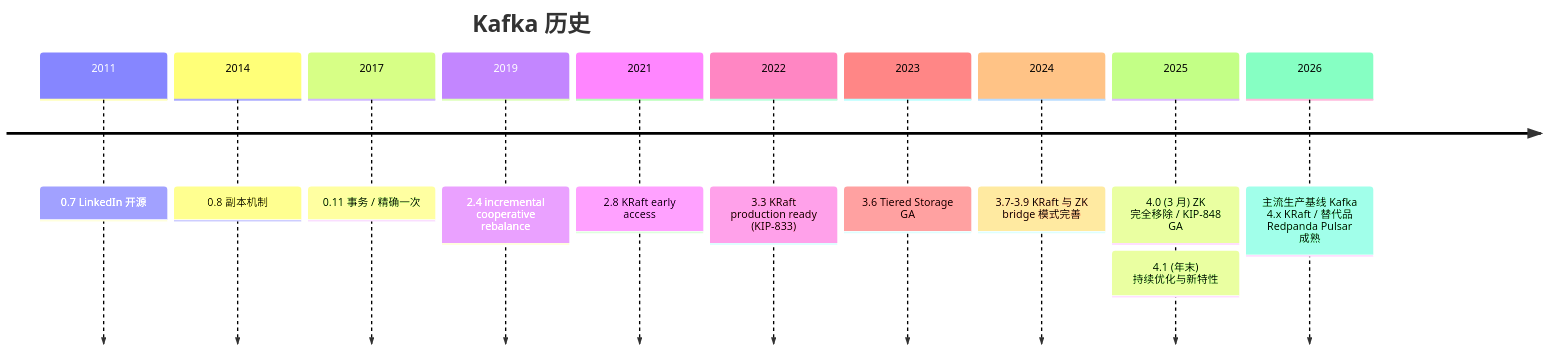
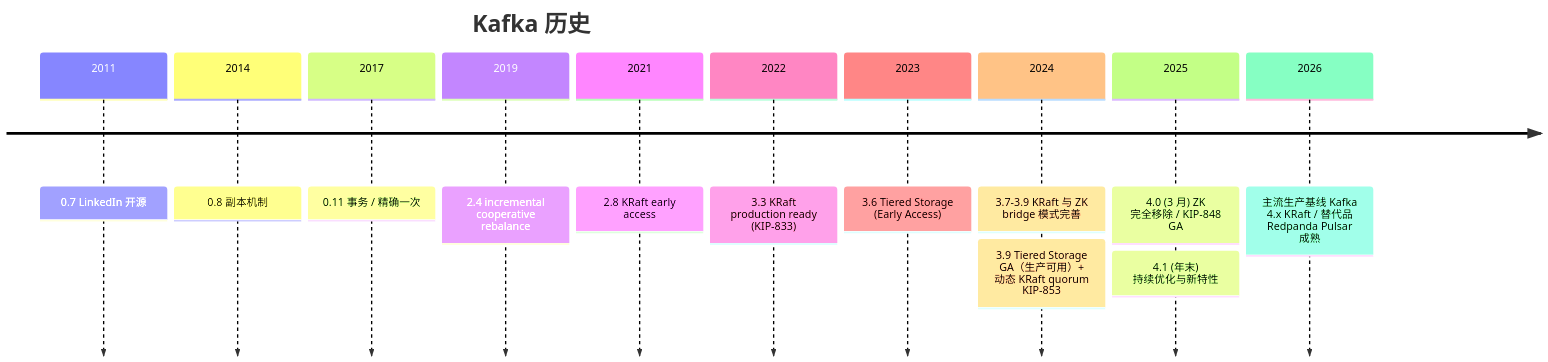
The eighth of 9 diagrams in kafka/ROADMAP.md (Kirby980/backend-handbook), drawn with Mermaid before and after one commit. The commit also changed 135 other files, not shown here.

````diff
--- a/kafka/ROADMAP.md
+++ b/kafka/ROADMAP.md
@@ -198,15 +198,16 @@
 ```mermaid
 timeline
     title Kafka 历史
     2011 : 0.7 LinkedIn 开源
     2014 : 0.8 副本机制
     2017 : 0.11 事务 / 精确一次
     2019 : 2.4 incremental cooperative rebalance
     2021 : 2.8 KRaft early access
     2022 : 3.3 KRaft production ready (KIP-833)
-    2023 : 3.6 Tiered Storage GA
+    2023 : 3.6 Tiered Storage (Early Access)
     2024 : 3.7-3.9 KRaft 与 ZK bridge 模式完善
+         : 3.9 Tiered Storage GA（生产可用）+ 动态 KRaft quorum KIP-853
     2025 : 4.0 (3 月) ZK 完全移除 / KIP-848 GA
          : 4.1 (年末) 持续优化与新特性
     2026 : 主流生产基线 Kafka 4.x KRaft / 替代品 Redpanda Pulsar 成熟
 ```
````
